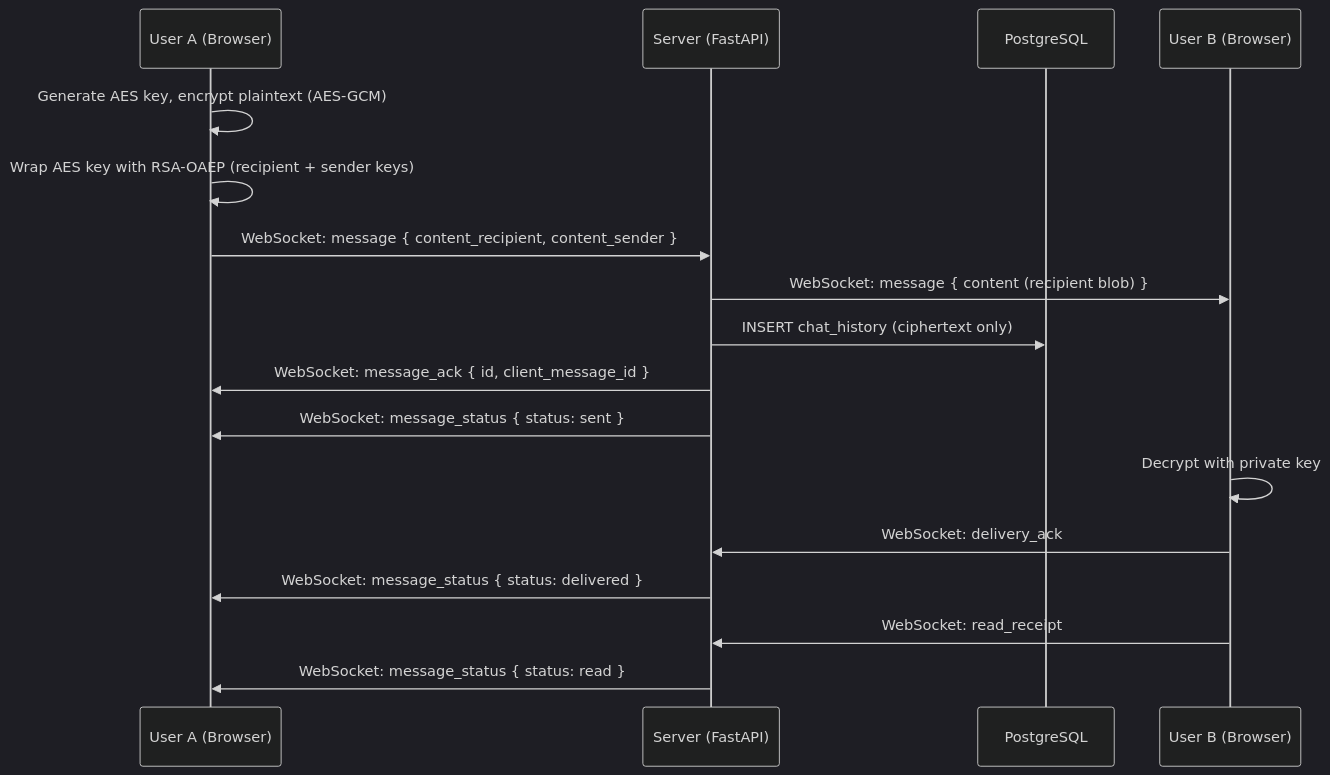
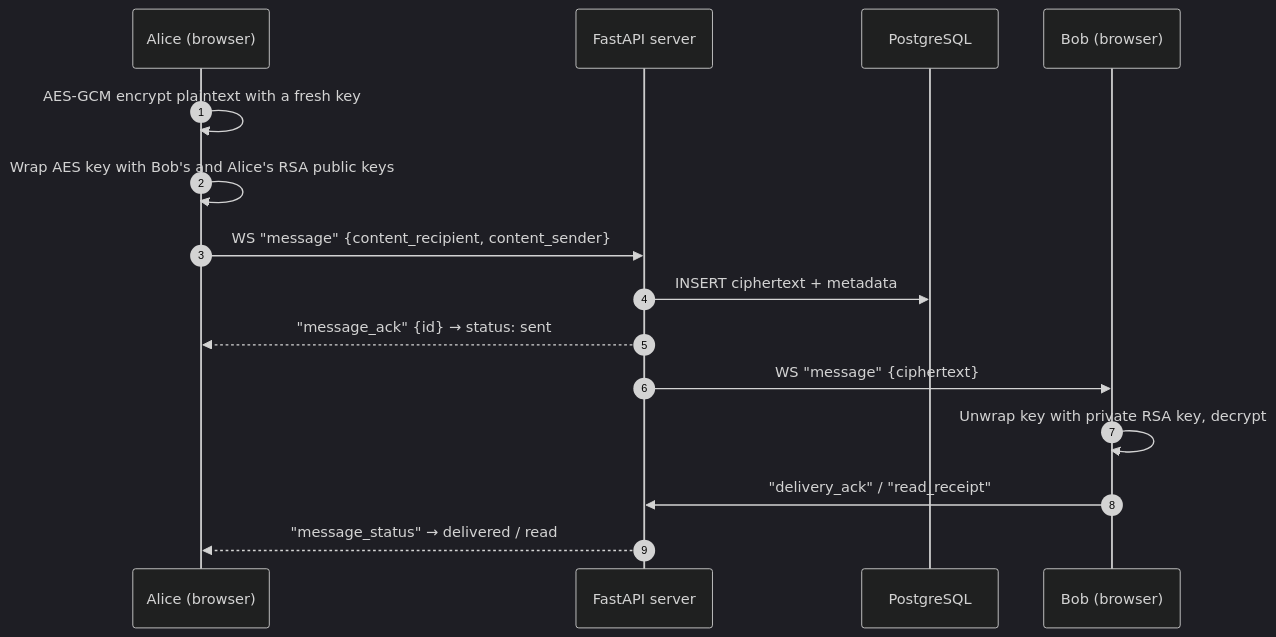
The second of 2 diagrams in README.md (shytyk-develop/NEXA), drawn with Mermaid (dark theme) before and after one commit. The commit also changed other lines of this file, not shown here.

````diff
--- a/README.md
+++ b/README.md
@@ -164,20 +169,18 @@
 ```mermaid
 sequenceDiagram
-    participant A as User A (Browser)
-    participant S as Server (FastAPI)
+    autonumber
+    participant A as Alice (browser)
+    participant S as FastAPI server
     participant DB as PostgreSQL
-    participant B as User B (Browser)
+    participant B as Bob (browser)
 
-    A->>A: Generate AES key, encrypt plaintext (AES-GCM)
-    A->>A: Wrap AES key with RSA-OAEP (recipient + sender keys)
-    A->>S: WebSocket: message { content_recipient, content_sender }
-    S->>B: WebSocket: message { content (recipient blob) }
-    S->>DB: INSERT chat_history (ciphertext only)
-    S->>A: WebSocket: message_ack { id, client_message_id }
-    S->>A: WebSocket: message_status { status: sent }
-    B->>B: Decrypt with private key
-    B->>S: WebSocket: delivery_ack
-    S->>A: WebSocket: message_status { status: delivered }
-    B->>S: WebSocket: read_receipt
-    S->>A: WebSocket: message_status { status: read }
+    A->>A: AES-GCM encrypt plaintext with a fresh key
+    A->>A: Wrap AES key with Bob's and Alice's RSA public keys
+    A->>S: WS "message" {content_recipient, content_sender}
+    S->>DB: INSERT ciphertext + metadata
+    S-->>A: "message_ack" {id} → status: sent
+    S->>B: WS "message" {ciphertext}
+    B->>B: Unwrap key with private RSA key, decrypt
+    B->>S: "delivery_ack" / "read_receipt"
+    S-->>A: "message_status" → delivered / read
 ```
````
